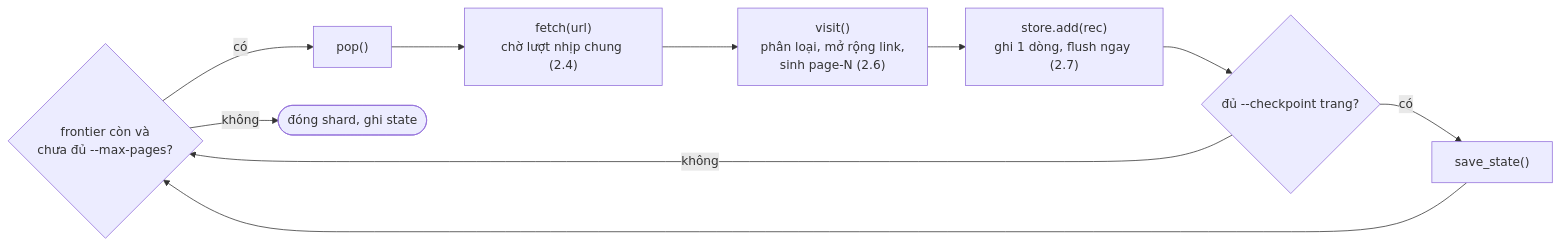
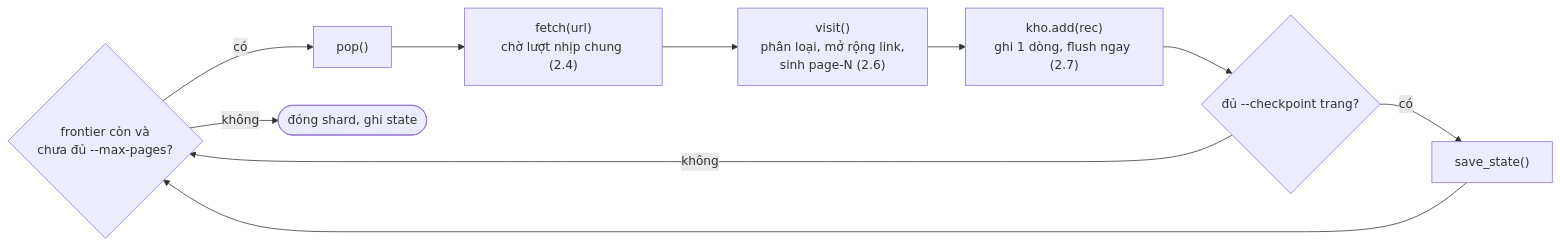
Before and after one commit to nguyenpnguyen/di-project: the fourth of 21 diagrams in BAO-CAO-KY-THUAT.md, drawn with Mermaid. The commit also changed other lines of this file and 55 other files, not shown here.

````diff
--- a/BAO-CAO-KY-THUAT.md
+++ b/BAO-CAO-KY-THUAT.md
@@ -170,11 +170,11 @@
 ```mermaid
 flowchart LR
     A{"frontier còn và<br/>chưa đủ --max-pages?"} -- có --> B["pop()"]
     B --> C["fetch(url)<br/>chờ lượt nhịp chung (2.4)"]
     C --> D["visit()<br/>phân loại, mở rộng link,<br/>sinh page-N (2.6)"]
-    D --> E["store.add(rec)<br/>ghi 1 dòng, flush ngay (2.7)"]
+    D --> E["kho.add(rec)<br/>ghi 1 dòng, flush ngay (2.7)"]
     E --> F{"đủ --checkpoint trang?"}
     F -- có --> G["save_state()"] --> A
     F -- không --> A
     A -- không --> H(["đóng shard, ghi state"])
 ```
````
